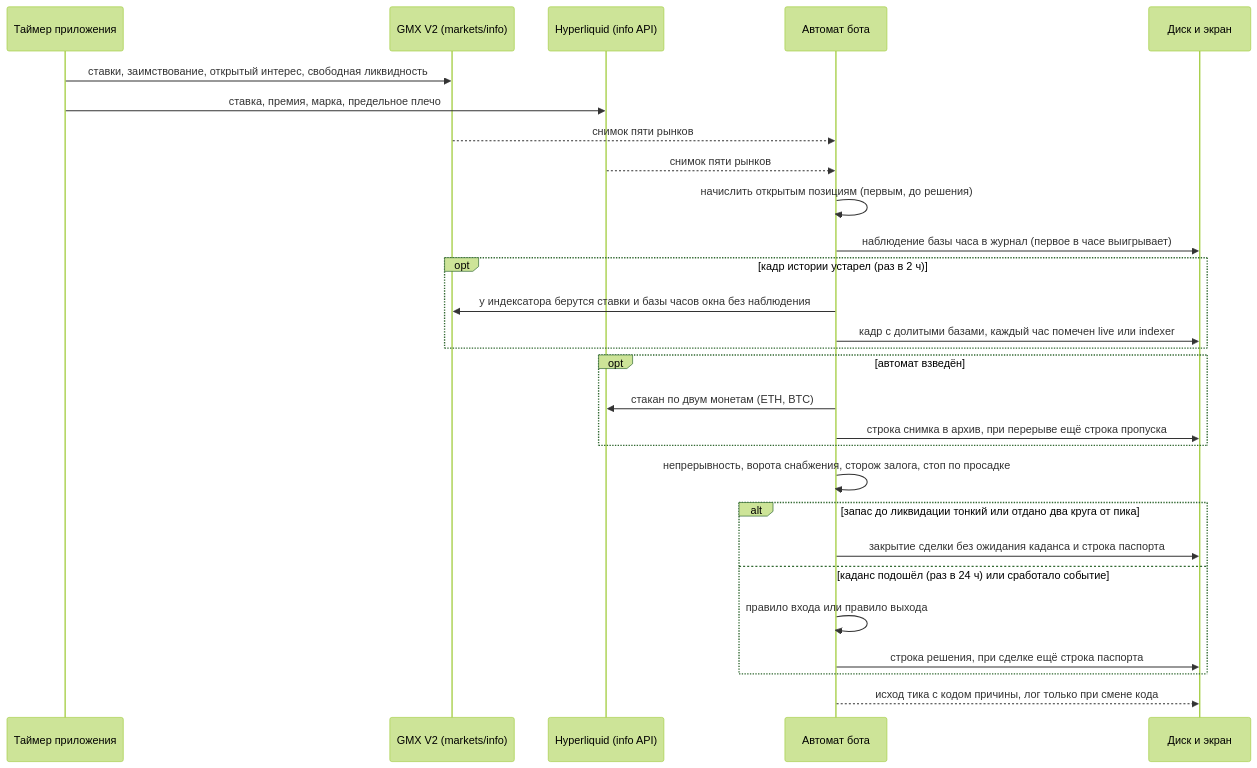
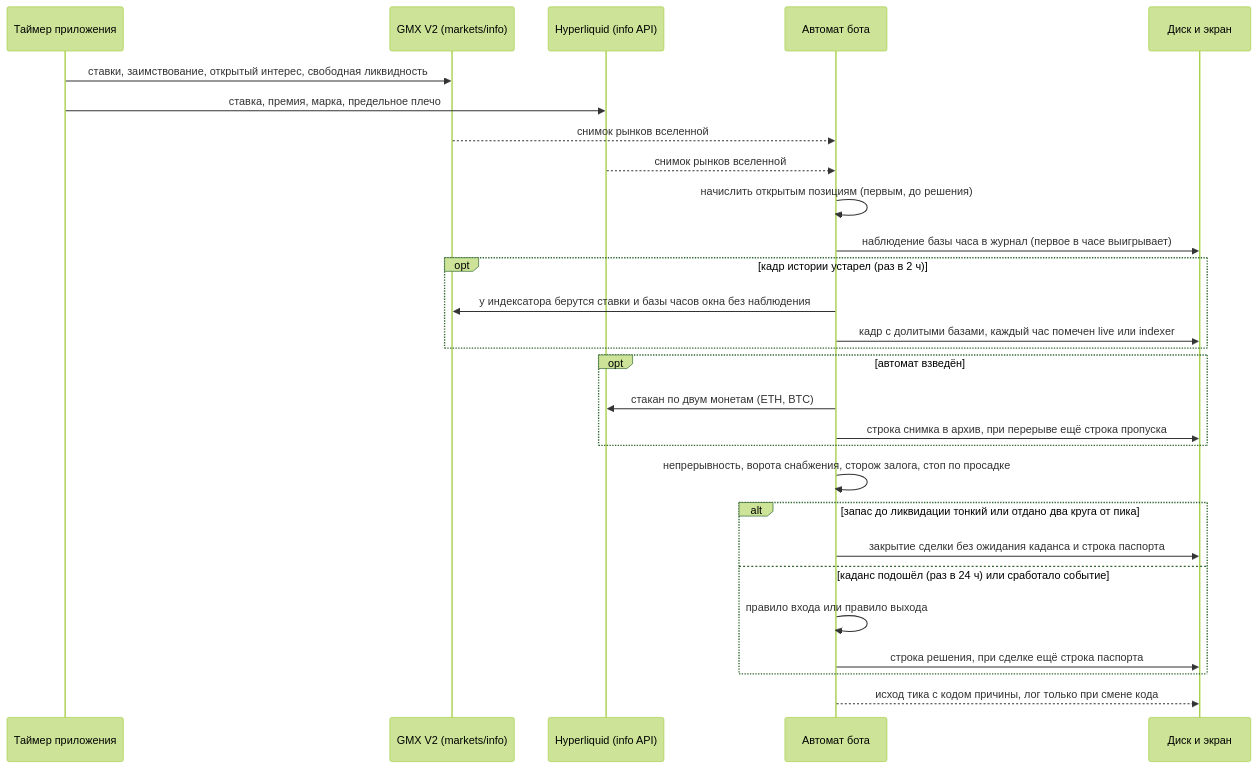
One commit to hamiltonalex/botLab changed the second of 8 diagrams in botLab-desktop/docs/bot1-funding-arb-how-it-works.ru.md. Above: the diagram before and after it, drawn with Mermaid (forest theme). The commit also changed other lines of this file and 5 other files, not shown here.

````diff
--- a/botLab-desktop/docs/bot1-funding-arb-how-it-works.ru.md
+++ b/botLab-desktop/docs/bot1-funding-arb-how-it-works.ru.md
@@ -139,30 +155,30 @@
 ```mermaid
 sequenceDiagram
     participant T as Таймер приложения
     participant G as GMX V2 (markets/info)
     participant H as Hyperliquid (info API)
     participant E as Автомат бота
     participant D as Диск и экран
     T->>G: ставки, заимствование, открытый интерес, свободная ликвидность
     T->>H: ставка, премия, марка, предельное плечо
-    G-->>E: снимок пяти рынков
-    H-->>E: снимок пяти рынков
+    G-->>E: снимок рынков вселенной
+    H-->>E: снимок рынков вселенной
     E->>E: начислить открытым позициям (первым, до решения)
     E->>D: наблюдение базы часа в журнал (первое в часе выигрывает)
     opt кадр истории устарел (раз в 2 ч)
         E->>G: у индексатора берутся ставки и базы часов окна без наблюдения
         E->>D: кадр с долитыми базами, каждый час помечен live или indexer
     end
     opt автомат взведён
         E->>H: стакан по двум монетам (ETH, BTC)
         E->>D: строка снимка в архив, при перерыве ещё строка пропуска
     end
     E->>E: непрерывность, ворота снабжения, сторож залога, стоп по просадке
     alt запас до ликвидации тонкий или отдано два круга от пика
         E->>D: закрытие сделки без ожидания каданса и строка паспорта
     else каданс подошёл (раз в 24 ч) или сработало событие
         E->>E: правило входа или правило выхода
         E->>D: строка решения, при сделке ещё строка паспорта
     end
     E-->>D: исход тика с кодом причины, лог только при смене кода
 ```
````
